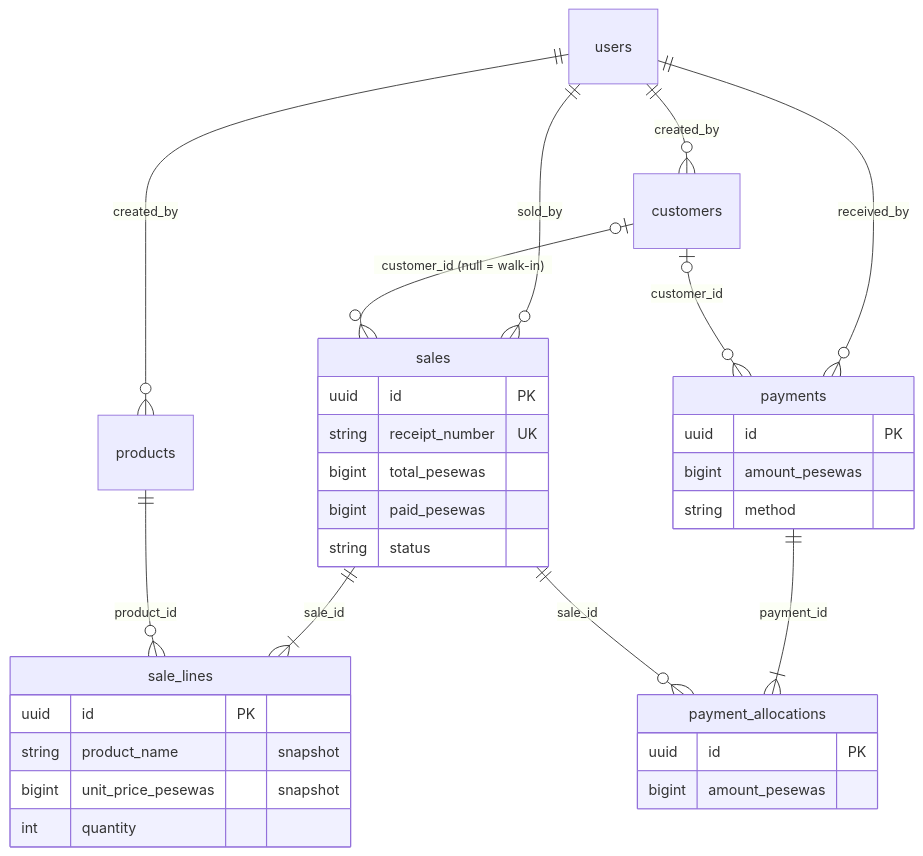
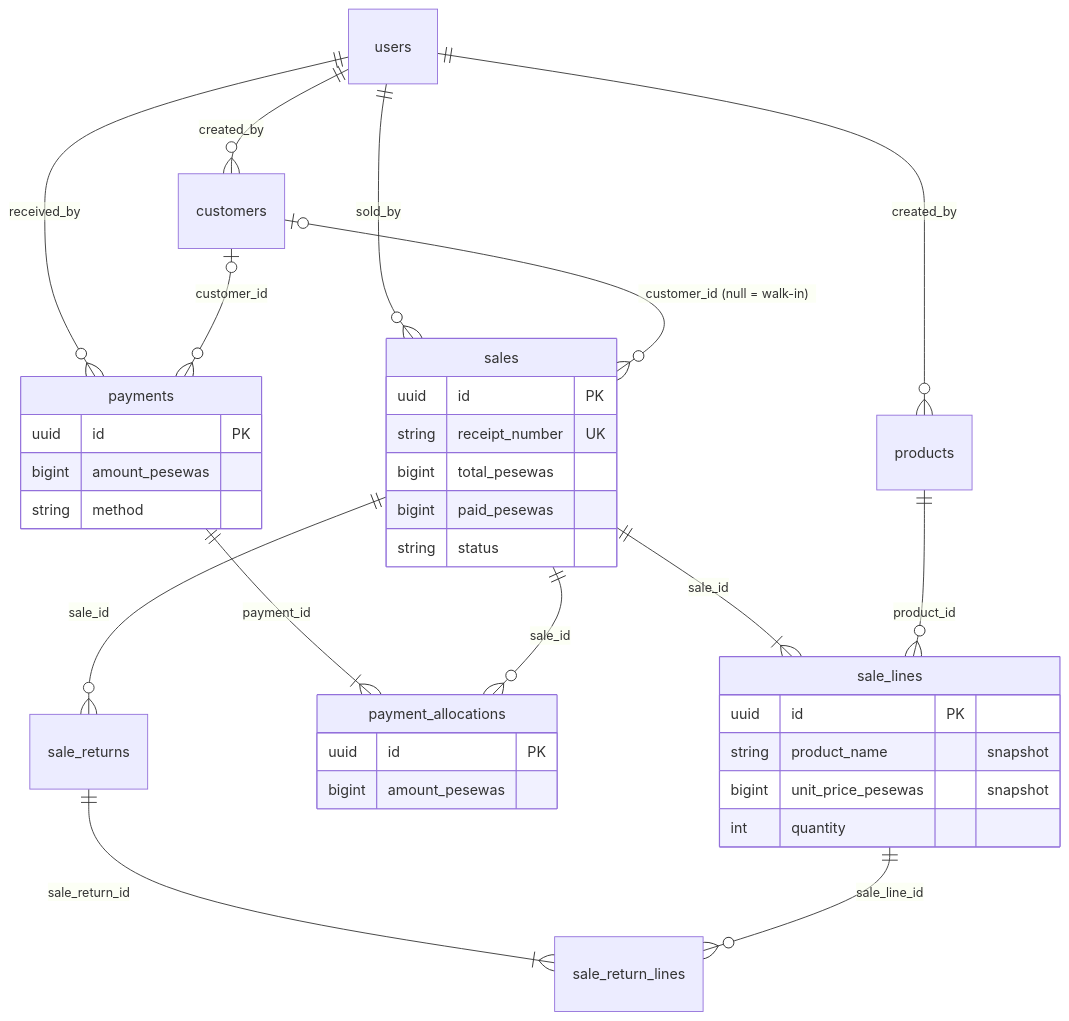
The diagram in docs/DATABASE_RELATIONSHIPS.md (Wuninsu/litemall), drawn with Mermaid before and after one commit. The commit also changed other lines of this file and 48 other files, not shown here.

````diff
--- a/docs/DATABASE_RELATIONSHIPS.md
+++ b/docs/DATABASE_RELATIONSHIPS.md
@@ -42,35 +47,38 @@
 ```mermaid
 erDiagram
     users ||--o{ customers : "created_by"
     users ||--o{ products : "created_by"
     users ||--o{ sales : "sold_by"
     users ||--o{ payments : "received_by"
     customers |o--o{ sales : "customer_id (null = walk-in)"
     customers |o--o{ payments : "customer_id"
     sales ||--|{ sale_lines : "sale_id"
     products ||--o{ sale_lines : "product_id"
     payments ||--|{ payment_allocations : "payment_id"
     sales ||--o{ payment_allocations : "sale_id"
+    sales ||--o{ sale_returns : "sale_id"
+    sale_returns ||--|{ sale_return_lines : "sale_return_id"
+    sale_lines ||--o{ sale_return_lines : "sale_line_id"
     sales {
         uuid id PK
         string receipt_number UK
         bigint total_pesewas
         bigint paid_pesewas
         string status
     }
     sale_lines {
         uuid id PK
         string product_name "snapshot"
         bigint unit_price_pesewas "snapshot"
         int quantity
     }
     payments {
         uuid id PK
         bigint amount_pesewas
         string method
     }
     payment_allocations {
         uuid id PK
         bigint amount_pesewas
     }
 ```
````
